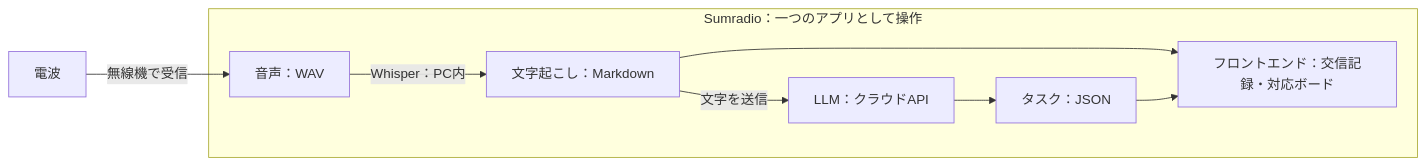
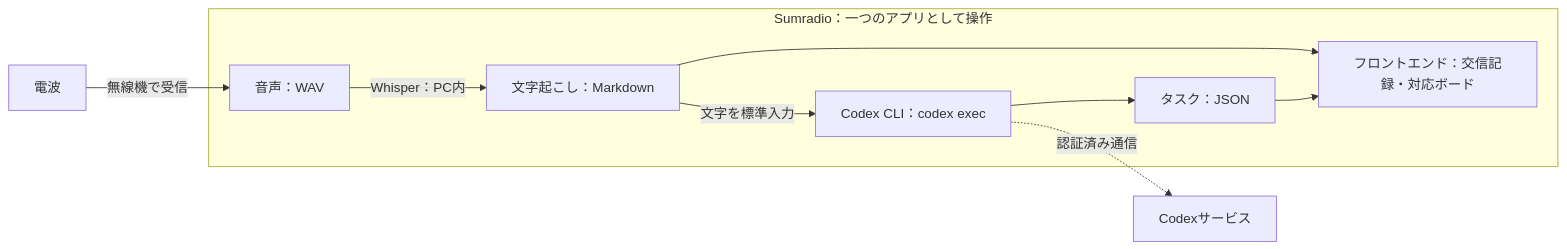
One commit to shuob192/Sumradio changed the diagram in Document/技術仕様.md. Above: the diagram before and after it, drawn with Mermaid. The commit also changed other lines of this file, not shown here.

Commit message:
docs: update technical specifications to replace cloud LLM with Codex CLI in the workflow

````diff
--- a/Document/技術仕様.md
+++ b/Document/技術仕様.md
@@ -9,11 +9,12 @@
 ```mermaid
 flowchart LR
     R[電波] -->|無線機で受信| W
     subgraph APP[Sumradio：一つのアプリとして操作]
         W[音声：WAV] -->|Whisper：PC内| M[文字起こし：Markdown]
-        M -->|文字を送信| L[LLM：クラウドAPI]
-        L --> J[タスク：JSON]
+        M -->|文字を標準入力| C[Codex CLI：codex exec]
+        C --> J[タスク：JSON]
         M --> U[フロントエンド：交信記録・対応ボード]
         J --> U
     end
+    C -.->|認証済み通信| O[Codexサービス]
 ```
````
